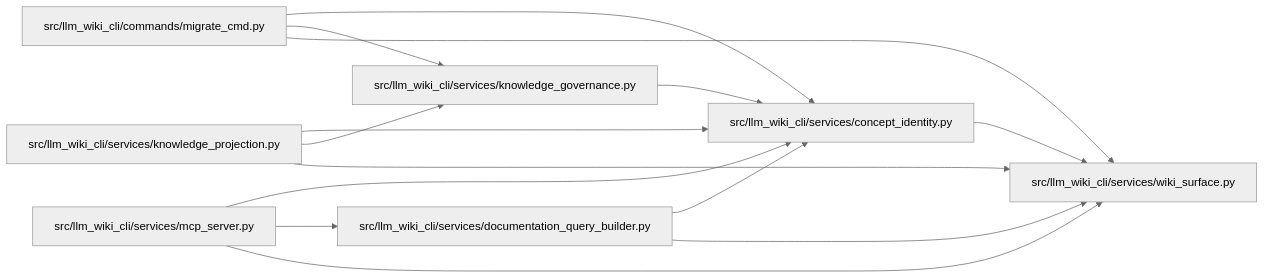
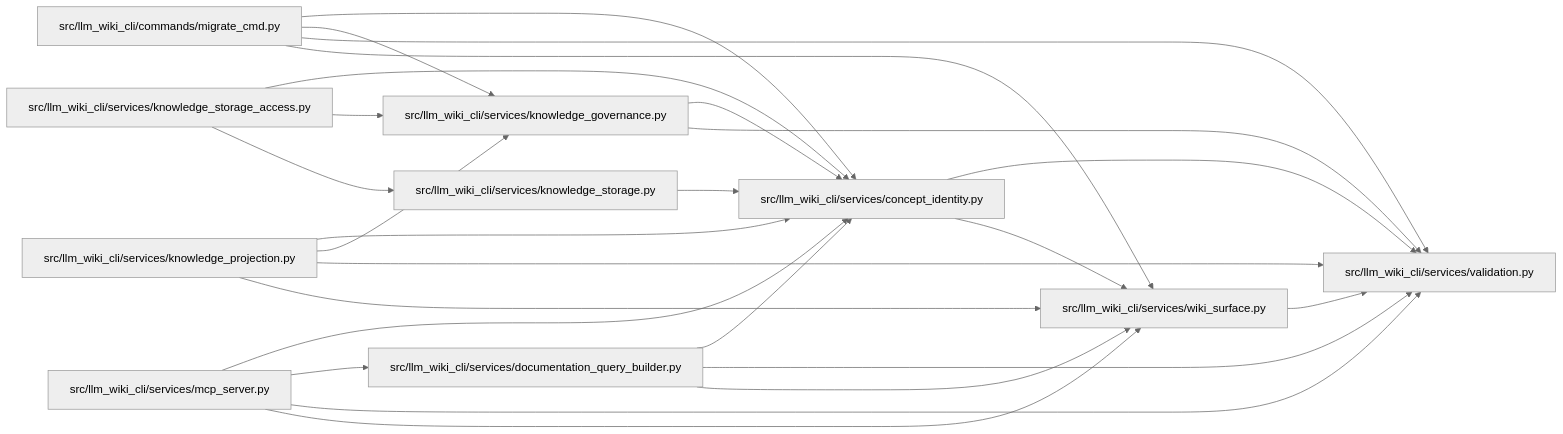
One commit to Denissvgn/python-wiki-llm changed the diagram in docs/llm_wiki/modules/concept_identity.md. Above: the diagram before and after it, drawn with Mermaid (neutral theme). The commit also changed other lines of this file and 450 other files, not shown here.

First line of the commit message:
Prepare v2.3.1: fix knowledge identity validation and dependency audits (#41)

````diff
--- a/docs/llm_wiki/modules/concept_identity.md
+++ b/docs/llm_wiki/modules/concept_identity.md
@@ -35,30 +41,47 @@
 ```mermaid
 flowchart LR
     n0["src/llm_wiki_cli/commands/migrate_cmd.py"]
     n1["src/llm_wiki_cli/services/concept_identity.py"]
     n2["src/llm_wiki_cli/services/documentation_query_builder.py"]
     n3["src/llm_wiki_cli/services/knowledge_governance.py"]
     n4["src/llm_wiki_cli/services/knowledge_projection.py"]
-    n5["src/llm_wiki_cli/services/mcp_server.py"]
-    n6["src/llm_wiki_cli/services/wiki_surface.py"]
+    n5["src/llm_wiki_cli/services/knowledge_storage.py"]
+    n6["src/llm_wiki_cli/services/knowledge_storage_access.py"]
+    n7["src/llm_wiki_cli/services/mcp_server.py"]
+    n8["src/llm_wiki_cli/services/validation.py"]
+    n9["src/llm_wiki_cli/services/wiki_surface.py"]
     n0 --> n1
     n0 --> n3
-    n0 --> n6
-    n1 --> n6
+    n0 --> n8
+    n0 --> n9
+    n1 --> n8
+    n1 --> n9
     n2 --> n1
-    n2 --> n6
+    n2 --> n8
+    n2 --> n9
     n3 --> n1
+    n3 --> n8
     n4 --> n1
     n4 --> n3
-    n4 --> n6
+    n4 --> n8
+    n4 --> n9
     n5 --> n1
-    n5 --> n2
-    n5 --> n6
+    n6 --> n1
+    n6 --> n3
+    n6 --> n5
+    n7 --> n1
+    n7 --> n2
+    n7 --> n8
+    n7 --> n9
+    n9 --> n8
     click n0 "../modules/migrate_cmd.md"
     click n1 "../modules/concept_identity.md"
     click n2 "../modules/documentation_query_builder.md"
     click n3 "../modules/knowledge_governance.md"
     click n4 "../modules/knowledge_projection.md"
-    click n5 "../modules/mcp_server.md"
-    click n6 "../modules/wiki_surface.md"
+    click n5 "../modules/knowledge_storage.md"
+    click n6 "../modules/knowledge_storage_access.md"
+    click n7 "../modules/mcp_server.md"
+    click n8 "../modules/validation.md"
+    click n9 "../modules/wiki_surface.md"
 ```
````
